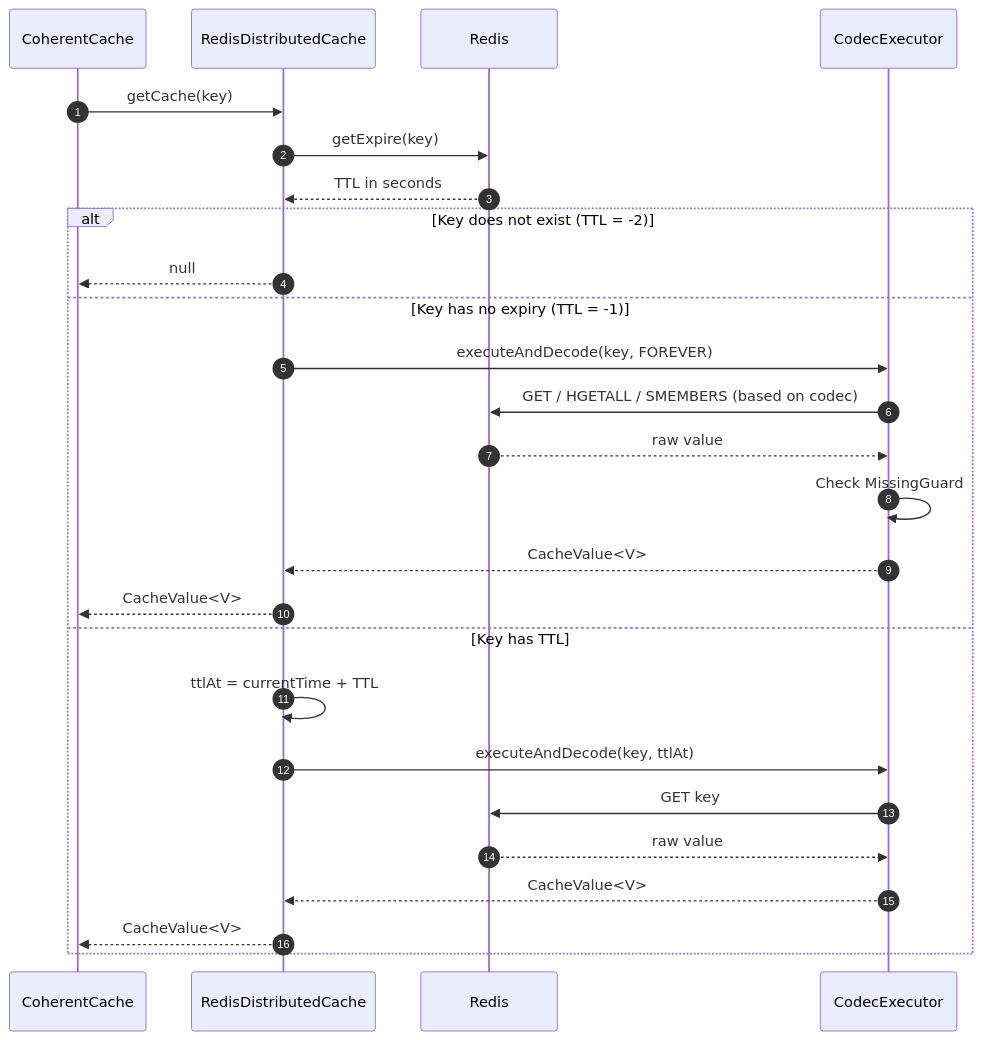
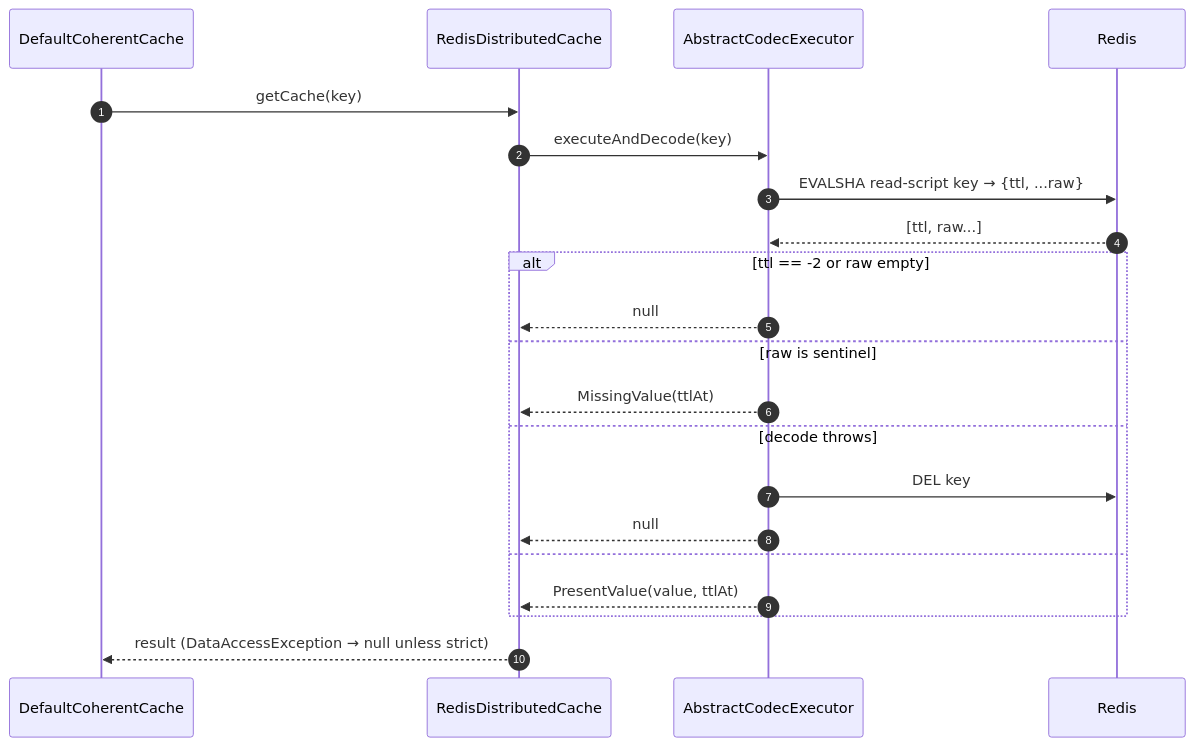
The second of 3 diagrams in wiki/modules/cocache-spring-redis.md (Ahoo-Wang/CoCache), drawn with Mermaid before and after one commit. The commit also changed other lines of this file and 256 other files, not shown here.

````diff
--- a/wiki/modules/cocache-spring-redis.md
+++ b/wiki/modules/cocache-spring-redis.md
@@ -61,30 +51,24 @@
 ```mermaid
 sequenceDiagram
 autonumber
-    participant Caller as CoherentCache
+    participant CC as DefaultCoherentCache
     participant RDC as RedisDistributedCache
-    participant Redis as Redis
-    participant Codec as CodecExecutor
+    participant CE as AbstractCodecExecutor
+    participant R as Redis
 
-    Caller->>RDC: getCache(key)
-    RDC->>Redis: getExpire(key)
-    Redis-->>RDC: TTL in seconds
-
-    alt Key does not exist (TTL = -2)
-        RDC-->>Caller: null
-    else Key has no expiry (TTL = -1)
-        RDC->>Codec: executeAndDecode(key, FOREVER)
-        Codec->>Redis: GET / HGETALL / SMEMBERS (based on codec)
-        Redis-->>Codec: raw value
-        Codec->>Codec: Check MissingGuard
-        Codec-->>RDC: CacheValue<V>
-        RDC-->>Caller: CacheValue<V>
-    else Key has TTL
-        RDC->>RDC: ttlAt = currentTime + TTL
-        RDC->>Codec: executeAndDecode(key, ttlAt)
-        Codec->>Redis: GET key
-        Redis-->>Codec: raw value
-        Codec-->>RDC: CacheValue<V>
-        RDC-->>Caller: CacheValue<V>
+    CC->>RDC: getCache(key)
+    RDC->>CE: executeAndDecode(key)
+    CE->>R: EVALSHA read-script key → {ttl, ...raw}
+    R-->>CE: [ttl, raw...]
+    alt ttl == -2 or raw empty
+        CE-->>RDC: null
+    else raw is sentinel
+        CE-->>RDC: MissingValue(ttlAt)
+    else decode throws
+        CE->>R: DEL key
+        CE-->>RDC: null
+    else
+        CE-->>RDC: PresentValue(value, ttlAt)
     end
+    RDC-->>CC: result (DataAccessException → null unless strict)
 ```
````
